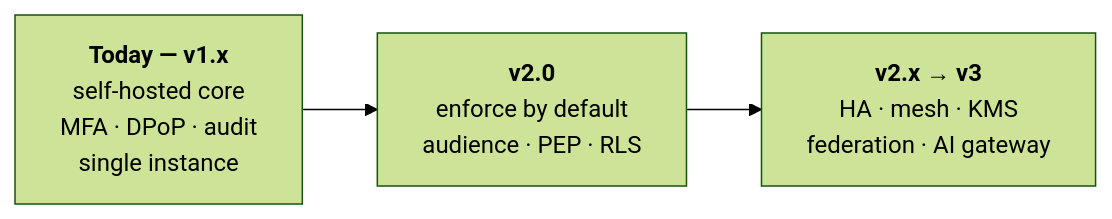
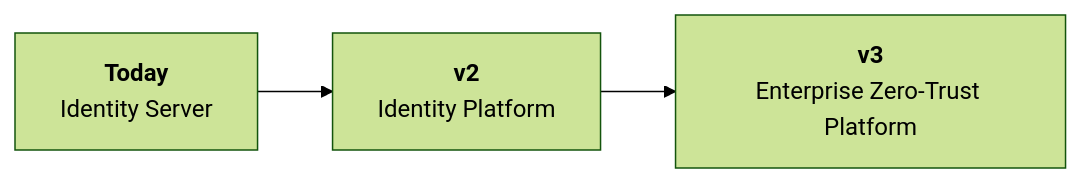
The third of 3 diagrams in README.md (ovander/go-oauth2), drawn with Mermaid (forest theme) before and after one commit. The commit also changed other lines of this file and 1 other file, not shown here.

````diff
--- a/README.md
+++ b/README.md
@@ -260,7 +306,4 @@
 ```mermaid
 flowchart LR
-    A["<b>Today — v1.x</b><br/>self-hosted core<br/>MFA · DPoP · audit<br/>single instance"]
-    B["<b>v2.0</b><br/>enforce by default<br/>audience · PEP · RLS"]
-    C["<b>v2.x → v3</b><br/>HA · mesh · KMS<br/>federation · AI gateway"]
-    A --> B --> C
+    A["<b>Today</b><br/>Identity Server"] --> B["<b>v2</b><br/>Identity Platform"] --> C["<b>v3</b><br/>Enterprise Zero-Trust Platform"]
 ```
````
